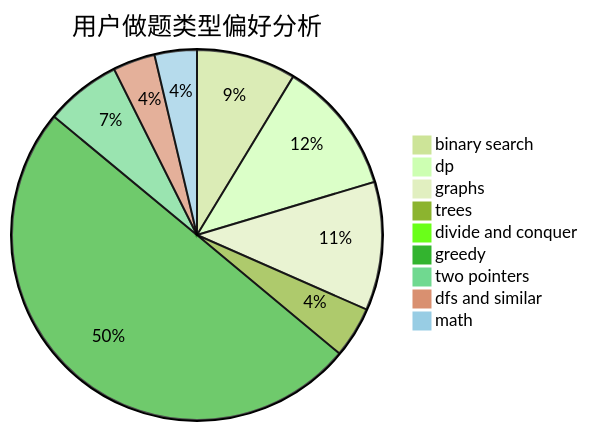
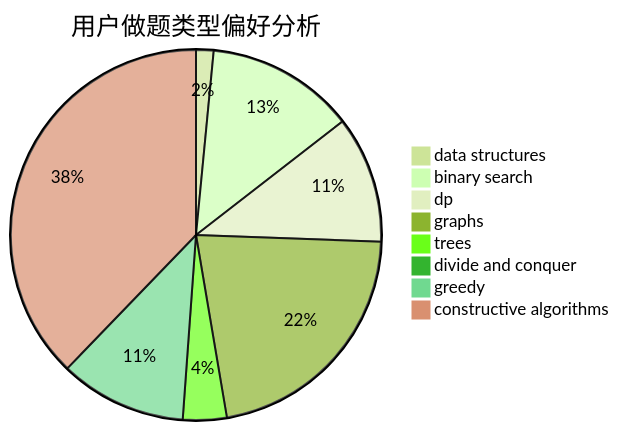
The second of 3 diagrams in docs/user/u1982.md (sherpahu/cfrs.github.io), drawn with Mermaid (forest theme) before and after one commit. The commit also changed other lines of this file and 2775 other files, not shown here.

````diff
--- a/docs/user/u1982.md
+++ b/docs/user/u1982.md
@@ -23,12 +23,11 @@
 ```mermaid
 pie title 用户做题类型偏好分析
-    "binary search" :  113
-    "dp" :  152
-    "graphs" :  146
-    "trees" :  58
+    "data structures" :  4
+    "binary search" :  34
+    "dp" :  29
+    "graphs" :  57
+    "trees" :  10
     "divide and conquer" :  1
-    "greedy" :  650
-    "two pointers" :  86
-    "dfs and similar" :  48
-    "math" :  48
+    "greedy" :  29
+    "constructive algorithms" :  99
 ```
````
